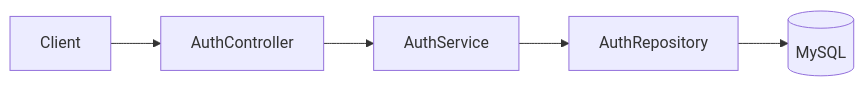
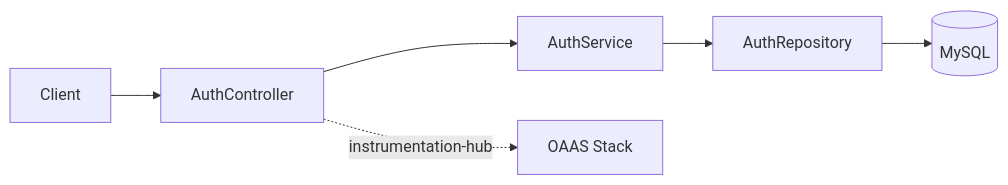
Before and after one commit to vyavasthita/auth-service: the first of 2 diagrams in README.md, drawn with Mermaid. The commit also changed other lines of this file and 2 other files, not shown here.

````diff
--- a/README.md
+++ b/README.md
@@ -52,7 +86,8 @@
-  ```mermaid
-  flowchart LR
-      Client --> AuthController
-      AuthController --> AuthService
-      AuthService --> AuthRepository
-      AuthRepository --> MySQL[(MySQL)]
-  ```
+```mermaid
+flowchart LR
+    Client --> AuthController
+    AuthController --> AuthService
+    AuthService --> AuthRepository
+    AuthRepository --> MySQL[(MySQL)]
+    AuthController -.->|instrumentation-hub| OAAS[OAAS Stack]
+```
````
